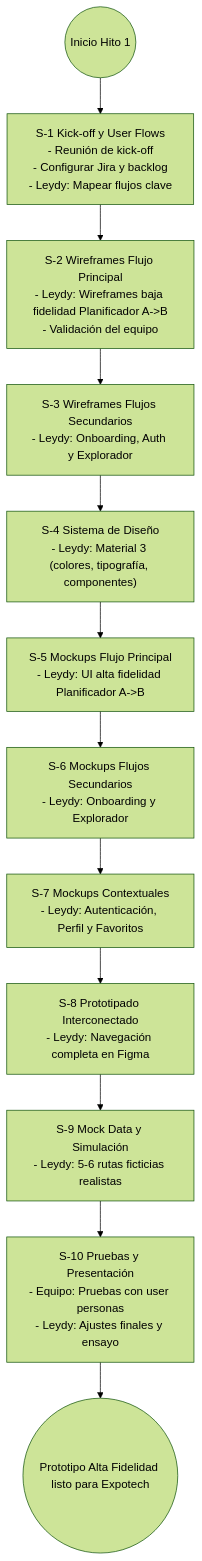
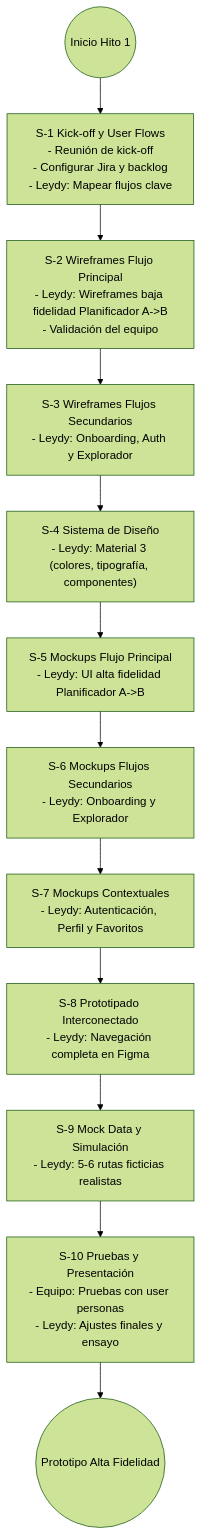
The first of 2 diagrams in Diagramas/FlujogramaDesarrollo.md (ResiliopeDAN/Diagramas-Flujos-Ruta-K-ancha), drawn with Mermaid (forest theme) before and after one commit.

Commit message:
Listo para exposicion

````diff
--- a/Diagramas/FlujogramaDesarrollo.md
+++ b/Diagramas/FlujogramaDesarrollo.md
@@ -7,14 +7,14 @@
 ```mermaid
 flowchart TD
     start1((Inicio Hito 1)) --> S1["S-1 Kick-off y User Flows\n- Reunión de kick-off\n- Configurar Jira y backlog\n- Leydy: Mapear flujos clave"]
     S1 --> S2["S-2 Wireframes Flujo Principal\n- Leydy: Wireframes baja fidelidad Planificador A->B\n- Validación del equipo"]
     S2 --> S3["S-3 Wireframes Flujos Secundarios\n- Leydy: Onboarding, Auth y Explorador"]
     S3 --> S4["S-4 Sistema de Diseño\n- Leydy: Material 3 (colores, tipografía, componentes)"]
     S4 --> S5["S-5 Mockups Flujo Principal\n- Leydy: UI alta fidelidad Planificador A->B"]
     S5 --> S6["S-6 Mockups Flujos Secundarios\n- Leydy: Onboarding y Explorador"]
     S6 --> S7["S-7 Mockups Contextuales\n- Leydy: Autenticación, Perfil y Favoritos"]
     S7 --> S8["S-8 Prototipado Interconectado\n- Leydy: Navegación completa en Figma"]
     S8 --> S9["S-9 Mock Data y Simulación\n- Leydy: 5-6 rutas ficticias realistas"]
     S9 --> S10["S-10 Pruebas y Presentación\n- Equipo: Pruebas con user personas\n- Leydy: Ajustes finales y ensayo"]
-    S10 --> end1((Prototipo Alta Fidelidad listo para Expotech))
+    S10 --> end1((Prototipo Alta Fidelidad ))
 ```
````
